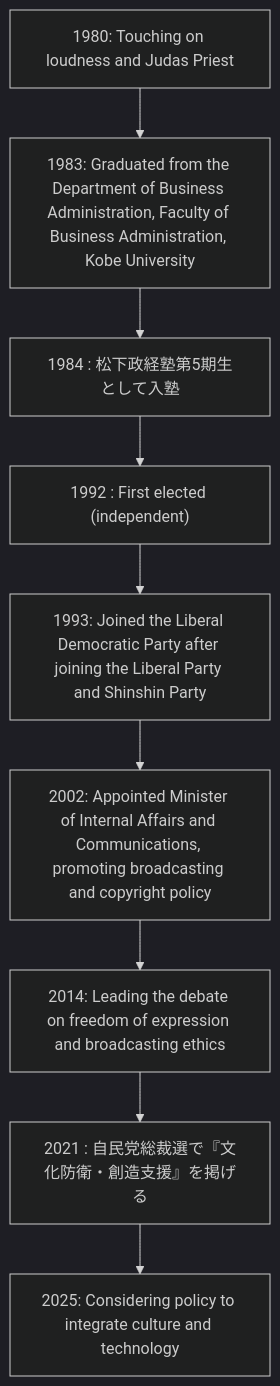
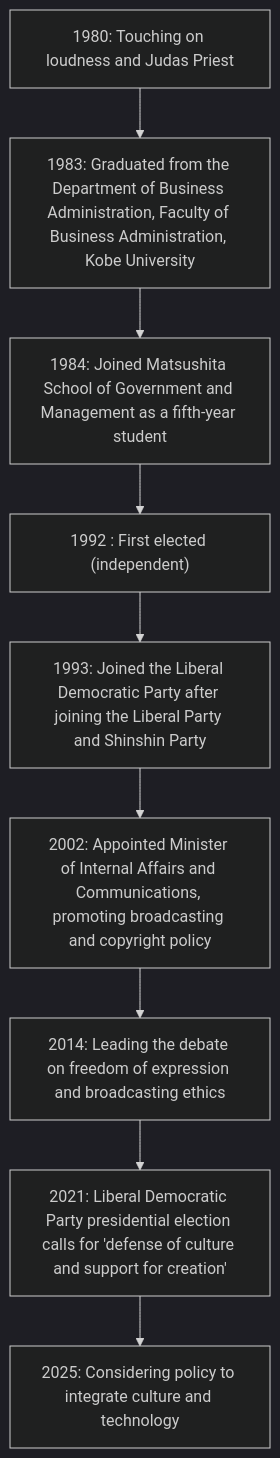
Before and after one commit to monumental-movement/monumental-movement.github.io: the second of 3 diagrams in en/_posts/2025-10-25-column-takaichi-metal.md, drawn with Mermaid (dark theme). The commit also changed other lines of this file and 851 other files, not shown here.

```diff
--- a/en/_posts/2025-10-25-column-takaichi-metal.md
+++ b/en/_posts/2025-10-25-column-takaichi-metal.md
@@ -139,13 +139,13 @@
 <div class="mermaid">
     
 graph TD
   A1980["1980: Touching on loudness and Judas Priest"] --> A1983["1983: Graduated from the Department of Business Administration, Faculty of Business Administration, Kobe University"]
-  A1983 --> A1984["1984 : 松下政経塾第5期生として入塾"]
+  A1983 --> A1984["1984: Joined Matsushita School of Government and Management as a fifth-year student"]
   A1984 --> A1992["1992 : First elected (independent)"]
   A1992 --> A1993["1993: Joined the Liberal Democratic Party after joining the Liberal Party and Shinshin Party"]
   A1993 --> A2002["2002: Appointed Minister of Internal Affairs and Communications, promoting broadcasting and copyright policy"]
   A2002 --> A2014["2014: Leading the debate on freedom of expression and broadcasting ethics"]
-  A2014 --> A2021["2021 : 自民党総裁選で『文化防衛・創造支援』を掲げる"]
+  A2014 --> A2021["2021: Liberal Democratic Party presidential election calls for 'defense of culture and support for creation'"]
   A2021 --> A2025["2025: Considering policy to integrate culture and technology"]
 
 </div>
```
